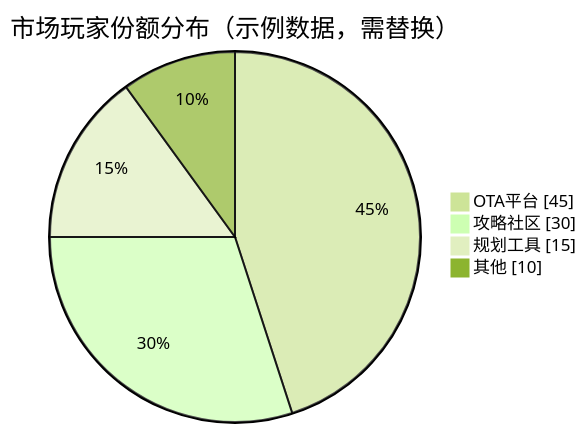
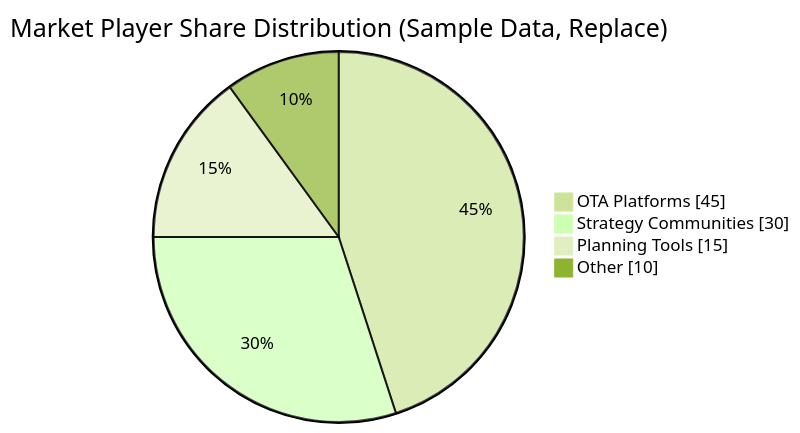
The diagram in templates/产品/战略层/【模板】竞品分析报告.md (Kirky-X/cangjie), drawn with Mermaid (forest theme) before and after one commit. The commit also changed other lines of this file and 60 other files, not shown here.

````diff
--- a/templates/产品/战略层/【模板】竞品分析报告.md
+++ b/templates/产品/战略层/【模板】竞品分析报告.md
@@ -133,8 +133,8 @@
 ```mermaid
 pie showData
-  title 市场玩家份额分布（示例数据，需替换）
-  "OTA平台" : 45
-  "攻略社区" : 30
-  "规划工具" : 15
-  "其他" : 10
+  title Market Player Share Distribution (Sample Data, Replace)
+  "OTA Platforms" : 45
+  "Strategy Communities" : 30
+  "Planning Tools" : 15
+  "Other" : 10
 ```
````
